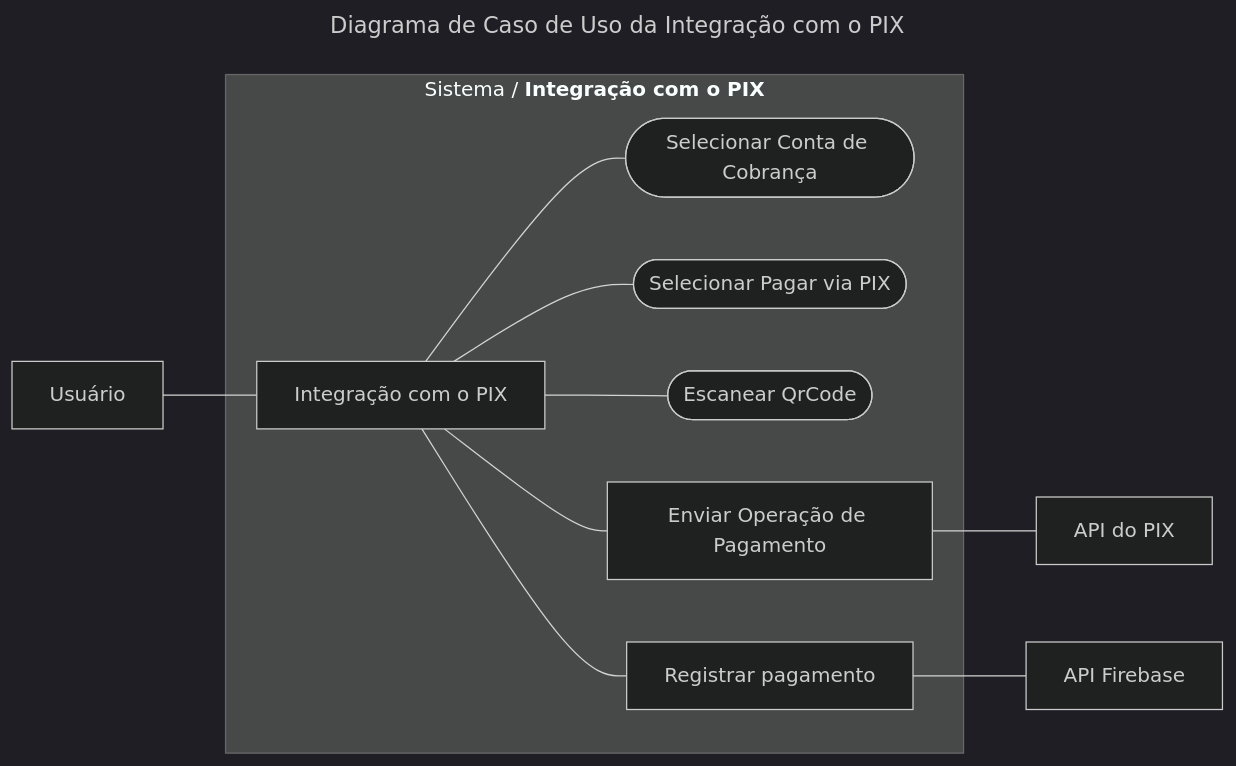
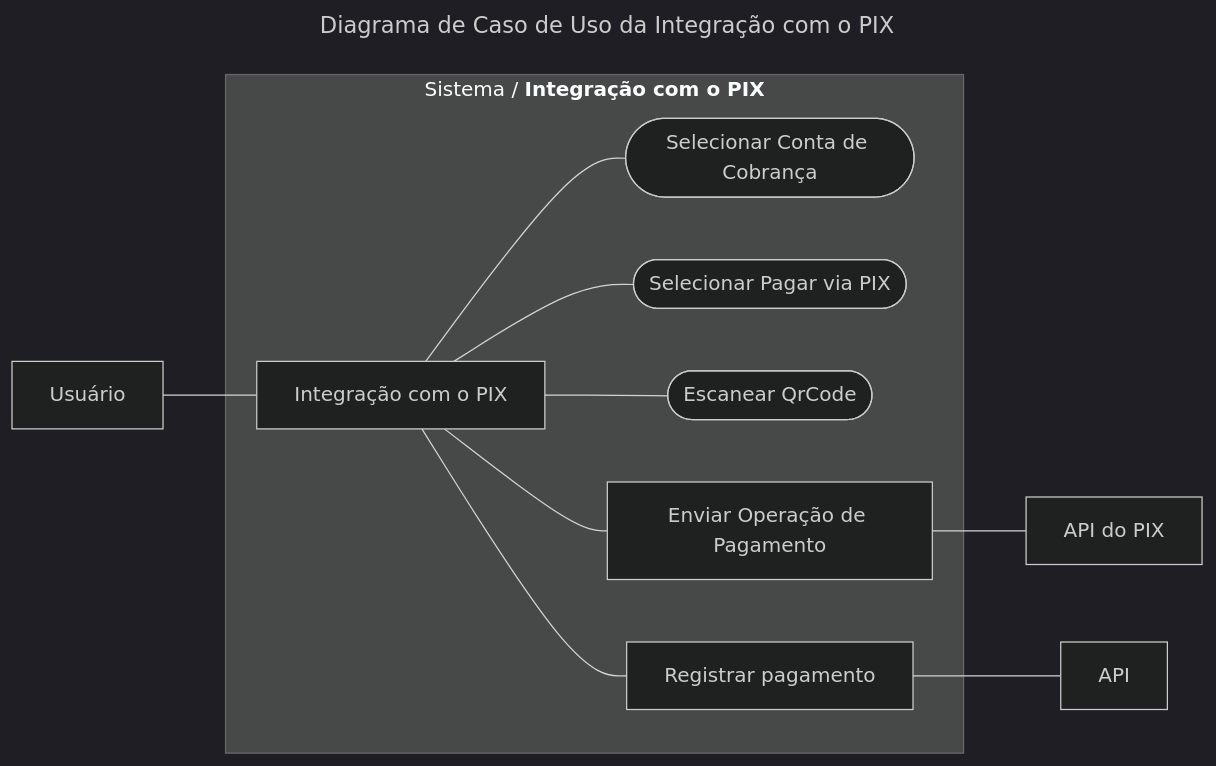
One commit to h4mn/fatec_tarefas changed the tenth of 24 diagrams in engenharia/diagrams.md. Above: the diagram before and after it, drawn with Mermaid (dark theme). The commit also changed other lines of this file and 2 other files, not shown here.

````diff
--- a/engenharia/diagrams.md
+++ b/engenharia/diagrams.md
@@ -241,16 +241,16 @@
 ```mermaid
 ---
 title: Diagrama de Caso de Uso da Integração com o PIX
 ---
 graph LR
     A[Usuário] --- B[Integração com o PIX]
     subgraph "`Sistema / **Integração com o PIX**`"
         B --- C([Selecionar Conta de Cobrança])
         B --- D([Selecionar Pagar via PIX])
         B --- E([Escanear QrCode])
         B --- F[Enviar Operação de Pagamento]
         B --- G[Registrar pagamento]
     end
     F --- I[API do PIX]
-    G --- H[API Firebase]
+    G --- H[API]
 ```
````
